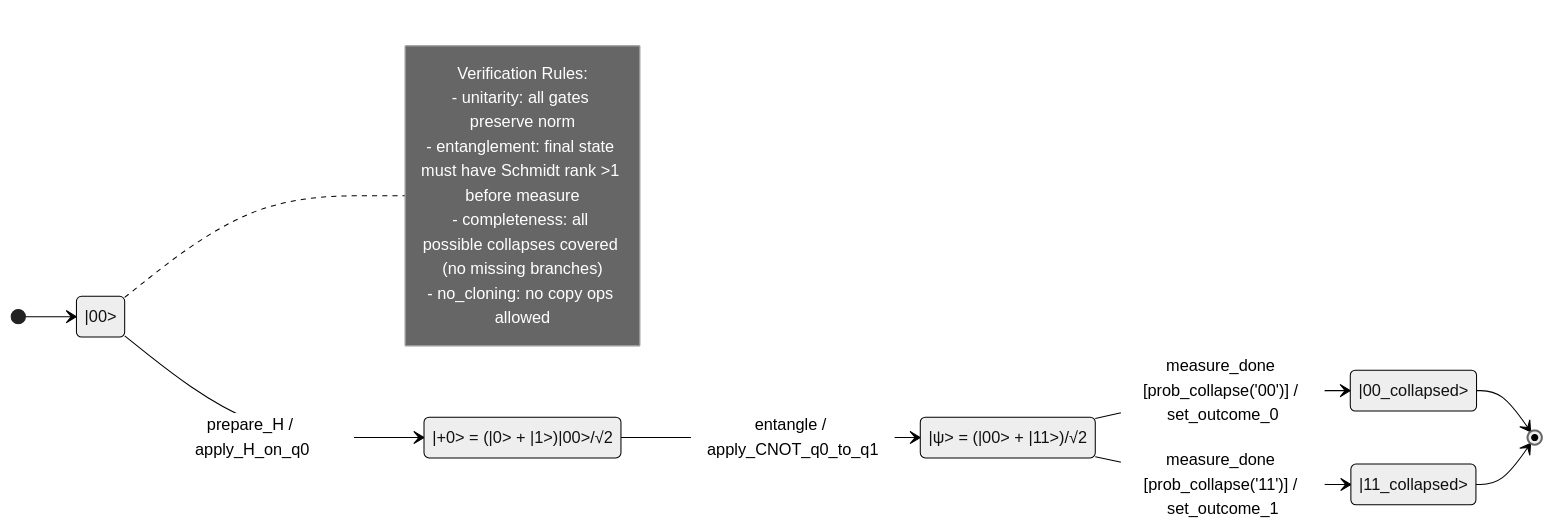
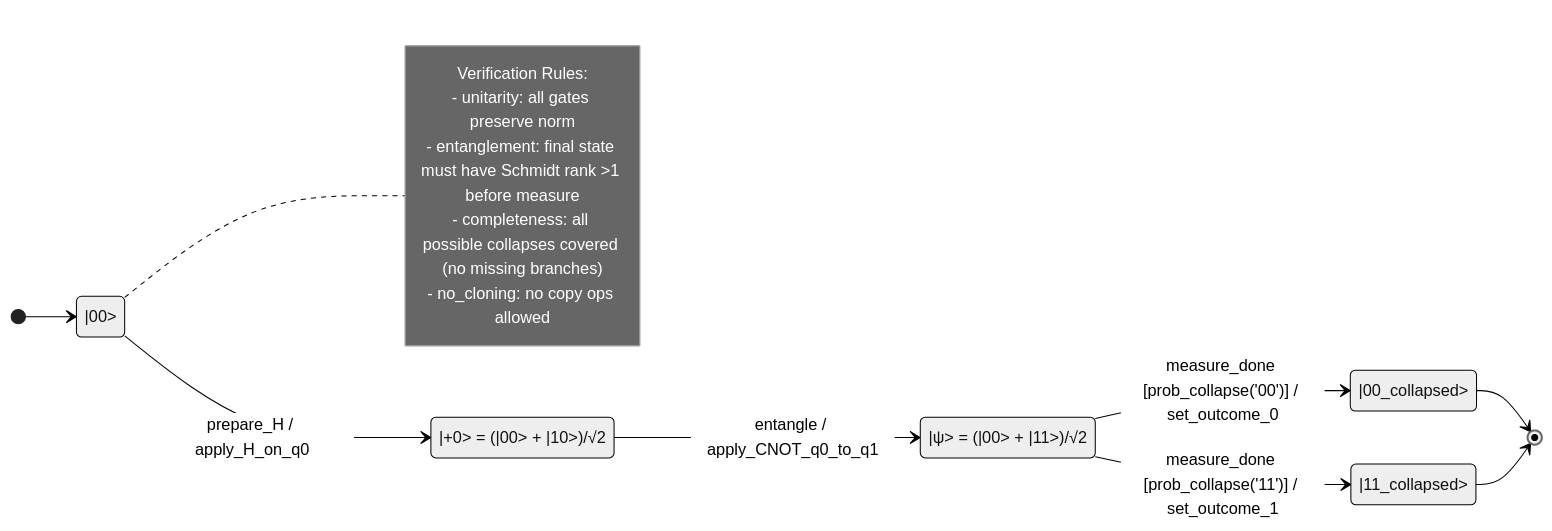
The first of 2 diagrams in README.md (jascal/q-orca-lang), drawn with Mermaid (neutral theme) before and after one commit. The commit also changed other lines of this file and 4 other files, not shown here.

````diff
--- a/README.md
+++ b/README.md
@@ -676,27 +676,27 @@
 ```mermaid
 stateDiagram-v2
   direction LR
 
   00 : |00>
-  0 : |+0> = (|0> + |1>)|00>/√2
+  0 : |+0> = (|00> + |10>)/√2
   unnamed : |ψ> = (|00> + |11>)/√2
   00_collapsed : |00_collapsed>
   11_collapsed : |11_collapsed>
 
   [*] --> 00
   00_collapsed --> [*]
   11_collapsed --> [*]
 
   00 --> 0 : prepare_H / apply_H_on_q0
   0 --> unnamed : entangle / apply_CNOT_q0_to_q1
   unnamed --> 00_collapsed : measure_done [prob_collapse('00')] / set_outcome_0
   unnamed --> 11_collapsed : measure_done [prob_collapse('11')] / set_outcome_1
 
   note right of 00
     Verification Rules:
     - unitarity: all gates preserve norm
     - entanglement: final state must have Schmidt rank >1 before measure
     - completeness: all possible collapses covered (no missing branches)
     - no_cloning: no copy ops allowed
   end note
 ```
````
